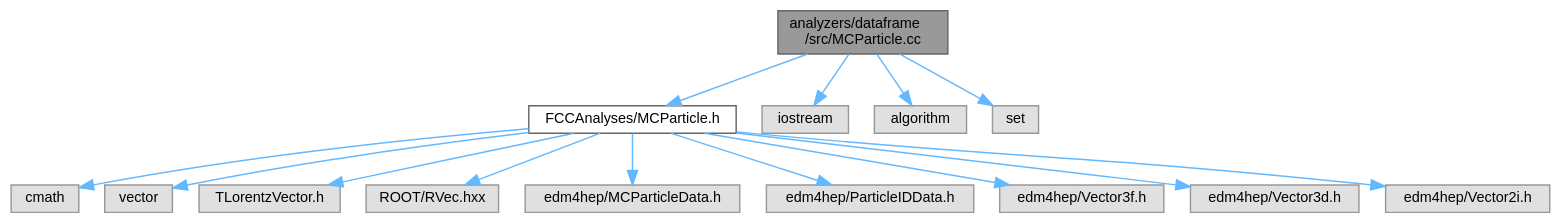
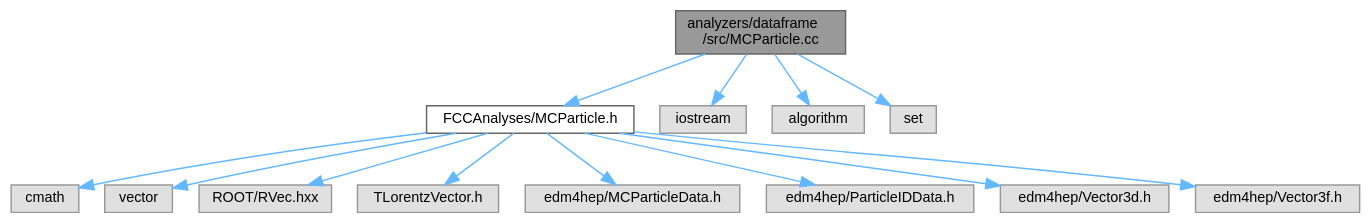
The diagram in doc/latest/MCParticle_8cc__incl.dot (FCC-LLP/FCCAnalyses), drawn with Graphviz before and after one commit. The commit also changed 58 other files, not shown here.

```diff
--- a/doc/latest/MCParticle_8cc__incl.dot
+++ b/doc/latest/MCParticle_8cc__incl.dot
@@ -1,34 +1,32 @@
 digraph "analyzers/dataframe/src/MCParticle.cc"
 {
  // LATEX_PDF_SIZE
   bgcolor="transparent";
   edge [fontname=Helvetica,fontsize=10,labelfontname=Helvetica,labelfontsize=10];
   node [fontname=Helvetica,fontsize=10,shape=box,height=0.2,width=0.4];
   Node1 [id="Node000001",label="analyzers/dataframe\l/src/MCParticle.cc",height=0.2,width=0.4,color="gray40", fillcolor="grey60", style="filled", fontcolor="black",tooltip=" "];
   Node1 -> Node2 [id="edge1_Node000001_Node000002",color="steelblue1",style="solid",tooltip=" "];
   Node2 [id="Node000002",label="FCCAnalyses/MCParticle.h",height=0.2,width=0.4,color="grey40", fillcolor="white", style="filled",URL="$MCParticle_8h.html",tooltip=" "];
   Node2 -> Node3 [id="edge2_Node000002_Node000003",color="steelblue1",style="solid",tooltip=" "];
   Node3 [id="Node000003",label="cmath",height=0.2,width=0.4,color="grey60", fillcolor="#E0E0E0", style="filled",tooltip=" "];
   Node2 -> Node4 [id="edge3_Node000002_Node000004",color="steelblue1",style="solid",tooltip=" "];
   Node4 [id="Node000004",label="vector",height=0.2,width=0.4,color="grey60", fillcolor="#E0E0E0", style="filled",tooltip=" "];
   Node2 -> Node5 [id="edge4_Node000002_Node000005",color="steelblue1",style="solid",tooltip=" "];
-  Node5 [id="Node000005",label="TLorentzVector.h",height=0.2,width=0.4,color="grey60", fillcolor="#E0E0E0", style="filled",tooltip=" "];
+  Node5 [id="Node000005",label="ROOT/RVec.hxx",height=0.2,width=0.4,color="grey60", fillcolor="#E0E0E0", style="filled",tooltip=" "];
   Node2 -> Node6 [id="edge5_Node000002_Node000006",color="steelblue1",style="solid",tooltip=" "];
-  Node6 [id="Node000006",label="ROOT/RVec.hxx",height=0.2,width=0.4,color="grey60", fillcolor="#E0E0E0", style="filled",tooltip=" "];
+  Node6 [id="Node000006",label="TLorentzVector.h",height=0.2,width=0.4,color="grey60", fillcolor="#E0E0E0", style="filled",tooltip=" "];
   Node2 -> Node7 [id="edge6_Node000002_Node000007",color="steelblue1",style="solid",tooltip=" "];
   Node7 [id="Node000007",label="edm4hep/MCParticleData.h",height=0.2,width=0.4,color="grey60", fillcolor="#E0E0E0", style="filled",tooltip=" "];
   Node2 -> Node8 [id="edge7_Node000002_Node000008",color="steelblue1",style="solid",tooltip=" "];
   Node8 [id="Node000008",label="edm4hep/ParticleIDData.h",height=0.2,width=0.4,color="grey60", fillcolor="#E0E0E0", style="filled",tooltip=" "];
   Node2 -> Node9 [id="edge8_Node000002_Node000009",color="steelblue1",style="solid",tooltip=" "];
-  Node9 [id="Node000009",label="edm4hep/Vector3f.h",height=0.2,width=0.4,color="grey60", fillcolor="#E0E0E0", style="filled",tooltip=" "];
+  Node9 [id="Node000009",label="edm4hep/Vector3d.h",height=0.2,width=0.4,color="grey60", fillcolor="#E0E0E0", style="filled",tooltip=" "];
   Node2 -> Node10 [id="edge9_Node000002_Node000010",color="steelblue1",style="solid",tooltip=" "];
-  Node10 [id="Node000010",label="edm4hep/Vector3d.h",height=0.2,width=0.4,color="grey60", fillcolor="#E0E0E0", style="filled",tooltip=" "];
-  Node2 -> Node11 [id="edge10_Node000002_Node000011",color="steelblue1",style="solid",tooltip=" "];
-  Node11 [id="Node000011",label="edm4hep/Vector2i.h",height=0.2,width=0.4,color="grey60", fillcolor="#E0E0E0", style="filled",tooltip=" "];
+  Node10 [id="Node000010",label="edm4hep/Vector3f.h",height=0.2,width=0.4,color="grey60", fillcolor="#E0E0E0", style="filled",tooltip=" "];
+  Node1 -> Node11 [id="edge10_Node000001_Node000011",color="steelblue1",style="solid",tooltip=" "];
+  Node11 [id="Node000011",label="iostream",height=0.2,width=0.4,color="grey60", fillcolor="#E0E0E0", style="filled",tooltip=" "];
   Node1 -> Node12 [id="edge11_Node000001_Node000012",color="steelblue1",style="solid",tooltip=" "];
-  Node12 [id="Node000012",label="iostream",height=0.2,width=0.4,color="grey60", fillcolor="#E0E0E0", style="filled",tooltip=" "];
+  Node12 [id="Node000012",label="algorithm",height=0.2,width=0.4,color="grey60", fillcolor="#E0E0E0", style="filled",tooltip=" "];
   Node1 -> Node13 [id="edge12_Node000001_Node000013",color="steelblue1",style="solid",tooltip=" "];
-  Node13 [id="Node000013",label="algorithm",height=0.2,width=0.4,color="grey60", fillcolor="#E0E0E0", style="filled",tooltip=" "];
-  Node1 -> Node14 [id="edge13_Node000001_Node000014",color="steelblue1",style="solid",tooltip=" "];
-  Node14 [id="Node000014",label="set",height=0.2,width=0.4,color="grey60", fillcolor="#E0E0E0", style="filled",tooltip=" "];
+  Node13 [id="Node000013",label="set",height=0.2,width=0.4,color="grey60", fillcolor="#E0E0E0", style="filled",tooltip=" "];
 }
```
